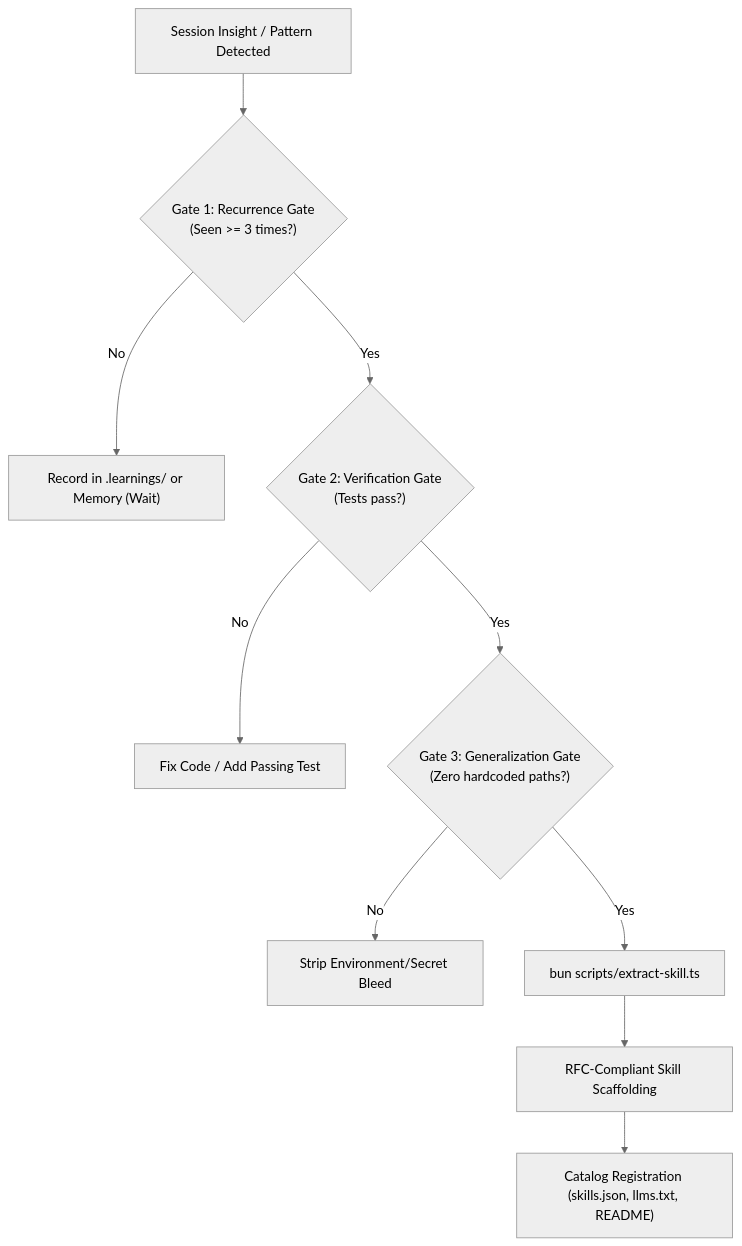
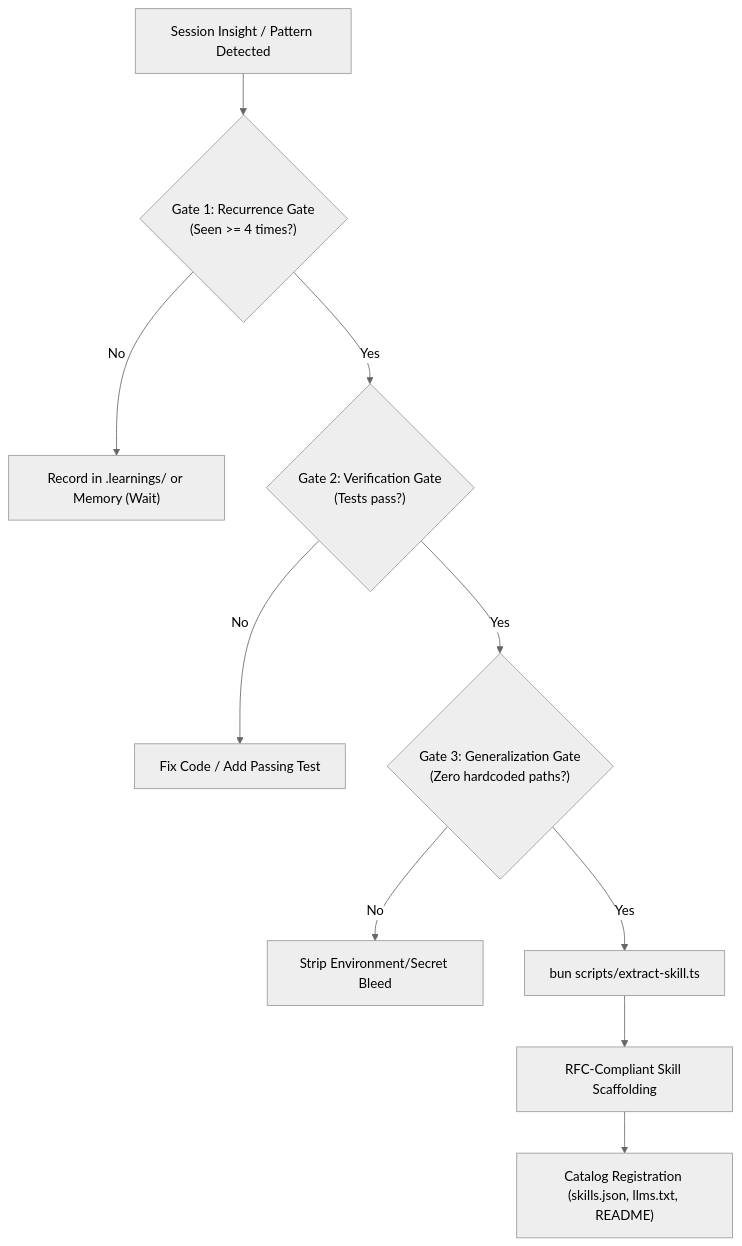
Before and after one commit to harshsinghmp/muse-skills: the diagram in new-project/references/skill-extraction.md, drawn with Mermaid (neutral theme). The commit also changed other lines of this file and 23 other files, not shown here.

````diff
--- a/new-project/references/skill-extraction.md
+++ b/new-project/references/skill-extraction.md
@@ -12,12 +12,12 @@
 ```mermaid
 flowchart TD
-    A["Session Insight / Pattern Detected"] --> B{"Gate 1: Recurrence Gate\n(Seen >= 3 times?)"}
+    A["Session Insight / Pattern Detected"] --> B{"Gate 1: Recurrence Gate\n(Seen >= 4 times?)"}
     B -->|No| C["Record in .learnings/ or Memory (Wait)"]
     B -->|Yes| D{"Gate 2: Verification Gate\n(Tests pass?)"}
     D -->|No| E["Fix Code / Add Passing Test"]
     D -->|Yes| F{"Gate 3: Generalization Gate\n(Zero hardcoded paths?)"}
     F -->|No| G["Strip Environment/Secret Bleed"]
     F -->|Yes| H["bun scripts/extract-skill.ts"]
     H --> I["RFC-Compliant Skill Scaffolding"]
     I --> J["Catalog Registration (skills.json, llms.txt, README)"]
 ```
````
